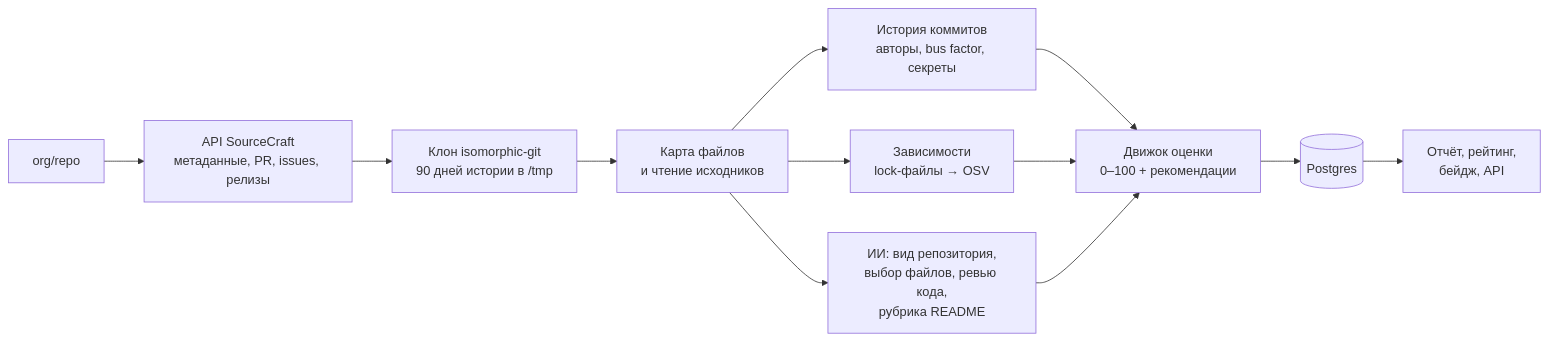
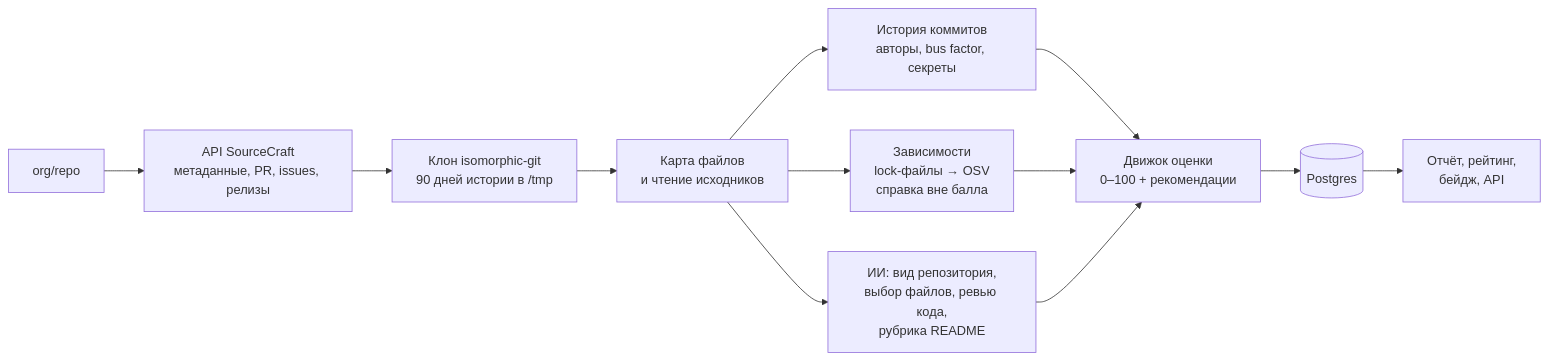
The diagram in README.md (m3kskssssssss/SourceCraft-Pulse), drawn with Mermaid before and after one commit. The commit also changed other lines of this file and 11 other files, not shown here.

````diff
--- a/README.md
+++ b/README.md
@@ -111,12 +111,12 @@
 ```mermaid
 flowchart LR
     A[org/repo] --> B[API SourceCraft<br/>метаданные, PR, issues, релизы]
     B --> C[Клон isomorphic-git<br/>90 дней истории в /tmp]
     C --> D[Карта файлов<br/>и чтение исходников]
     D --> E[История коммитов<br/>авторы, bus factor, секреты]
-    D --> F[Зависимости<br/>lock-файлы → OSV]
+    D --> F[Зависимости<br/>lock-файлы → OSV<br/>справка вне балла]
     D --> G[ИИ: вид репозитория,<br/>выбор файлов, ревью кода,<br/>рубрика README]
     E & F & G --> H[Движок оценки<br/>0–100 + рекомендации]
     H --> I[(Postgres)]
     I --> J[Отчёт, рейтинг,<br/>бейдж, API]
 ```
````
